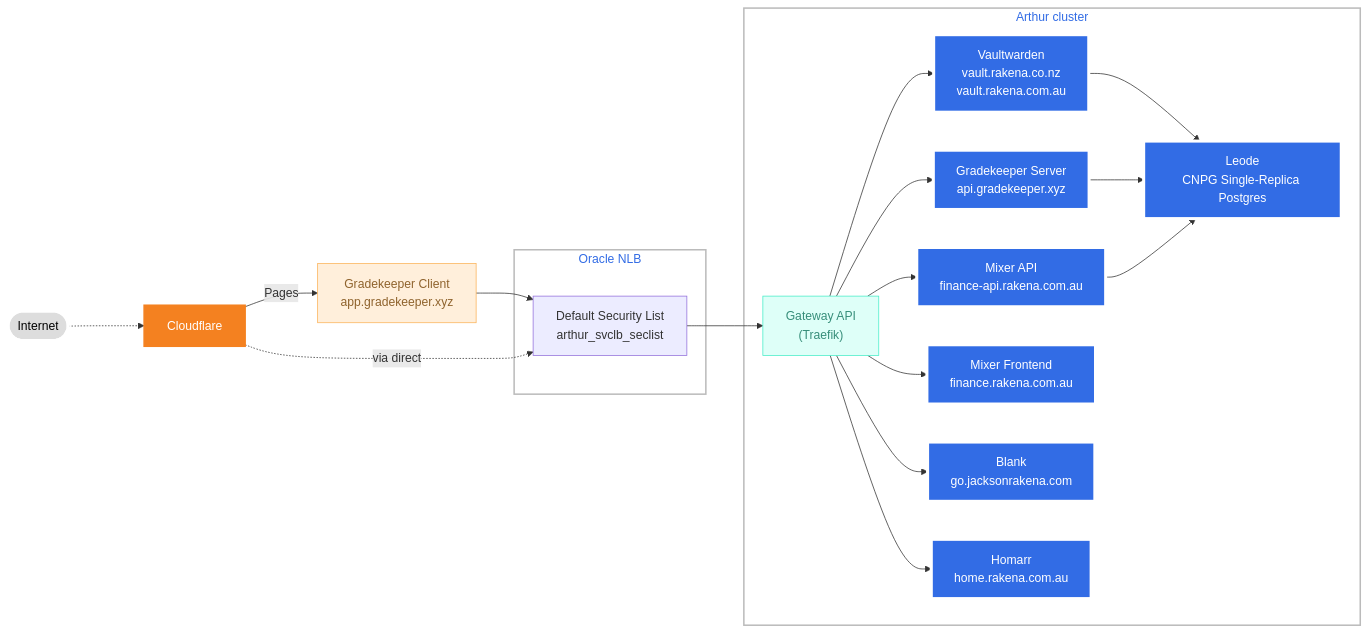
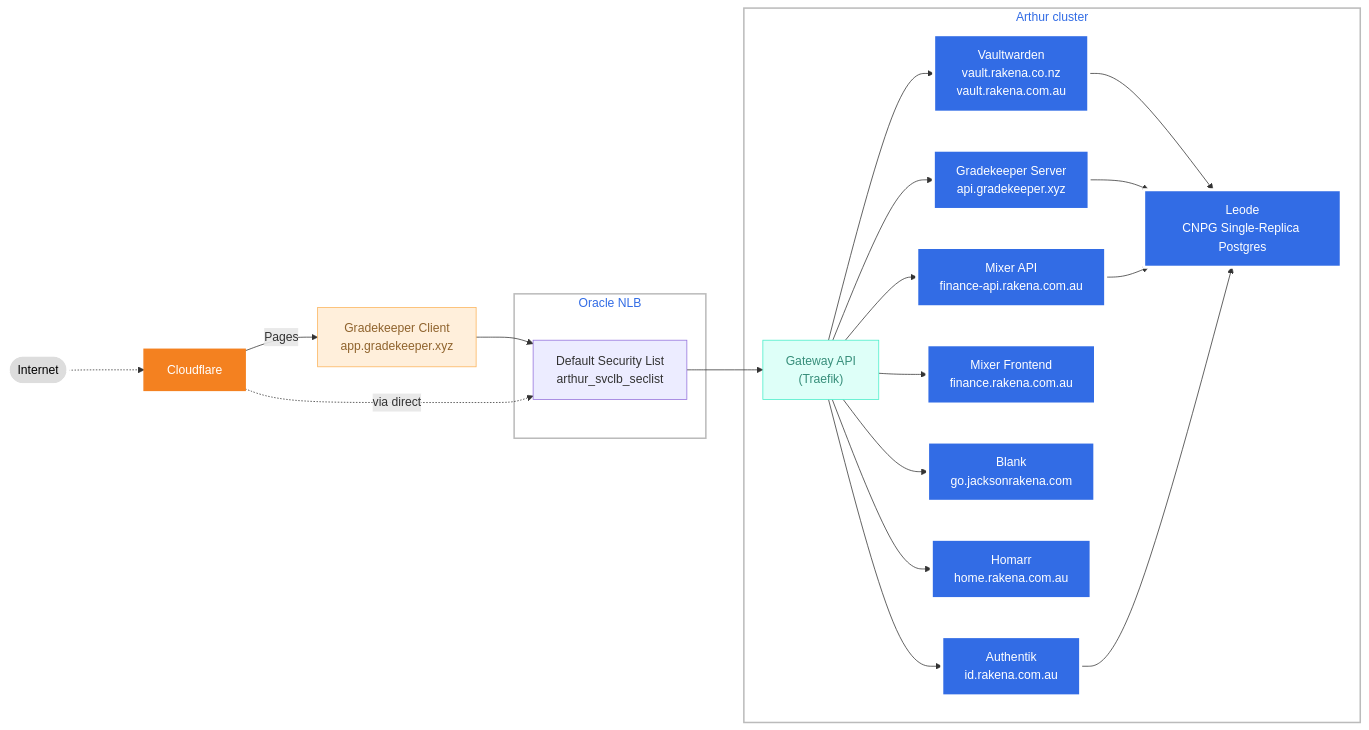
One commit to jacksonrakena/infrastructure changed the diagram in README.md. Above: the diagram before and after it, drawn with Mermaid. The commit also changed other lines of this file and 4 other files, not shown here.

First line of the commit message:
Add Authentik at id.rakena.com.au

````diff
--- a/README.md
+++ b/README.md
@@ -3,47 +3,50 @@
 ```mermaid
 flowchart LR
  subgraph cf_tls["Oracle NLB"]
         vsec["Default Security List<br>arthur_svclb_seclist"]
   end
 
  subgraph cluster["Arthur cluster"]
       pg["Leode<br>CNPG Single-Replica Postgres"]
         ingress["Gateway API<br>(Traefik)"]
         vw["Vaultwarden<br>vault.rakena.co.nz<br>vault.rakena.com.au"]
         gk["Gradekeeper Server<br>api.gradekeeper.xyz"]
         mx["Mixer API<br>finance-api.rakena.com.au"]
         mxf["Mixer Frontend<br>finance.rakena.com.au"]
         bl["Blank<br>go.jacksonrakena.com"]
         hm["Homarr<br>home.rakena.com.au"]
+        ak["Authentik<br>id.rakena.com.au"]
   end
     client(["Internet"]) -..-> cf["Cloudflare"]
     gk_frontend["Gradekeeper Client<br>app.gradekeeper.xyz"] --> vsec
     cf -. via direct ..-> vsec
     vsec --> ingress
-    ingress --> gk & vw & mx & mxf & bl & hm
+    ingress --> gk & vw & mx & mxf & bl & hm & ak
     vw --> pg
     gk --> pg
     mx --> pg
+    ak --> pg
     cf -- Pages --> gk_frontend
      vw:::k8s
      pg:::k8s
      ingress:::Aqua
      gk:::k8s
      mx:::k8s
      mxf:::k8s
      bl:::k8s
      hm:::k8s
+     ak:::k8s
      client:::plain
      cf:::cloudflare
      cluster:::cluster
      gk_frontend:::Peach
     classDef plain fill:#ddd,stroke:#fff,stroke-width:4px,color:#000
     classDef k8s fill:#326ce5,stroke:#fff,stroke-width:4px,color:#fff
     classDef cluster fill:#fff,stroke:#bbb,stroke-width:2px,color:#326ce5
     classDef cloudflare fill:#F48120,stroke:#F48120,stroke-width:2px,color:white
     classDef Class_01 fill:#000000, color:#fff, stroke:#000000
     classDef Sky stroke-width:1px, stroke-dasharray:none, stroke:#374D7C, fill:#E2EBFF, color:#374D7C
     classDef Peach stroke-width:1px, stroke-dasharray:none, stroke:#FBB35A, fill:#FFEFDB, color:#8F632D
     classDef Aqua stroke-width:1px, stroke-dasharray:none, stroke:#46EDC8, fill:#DEFFF8, color:#378E7A
     classDef Rose stroke-width:1px, stroke-dasharray:none, stroke:#FF5978, fill:#FFDFE5, color:#8E2236
 ```
````
